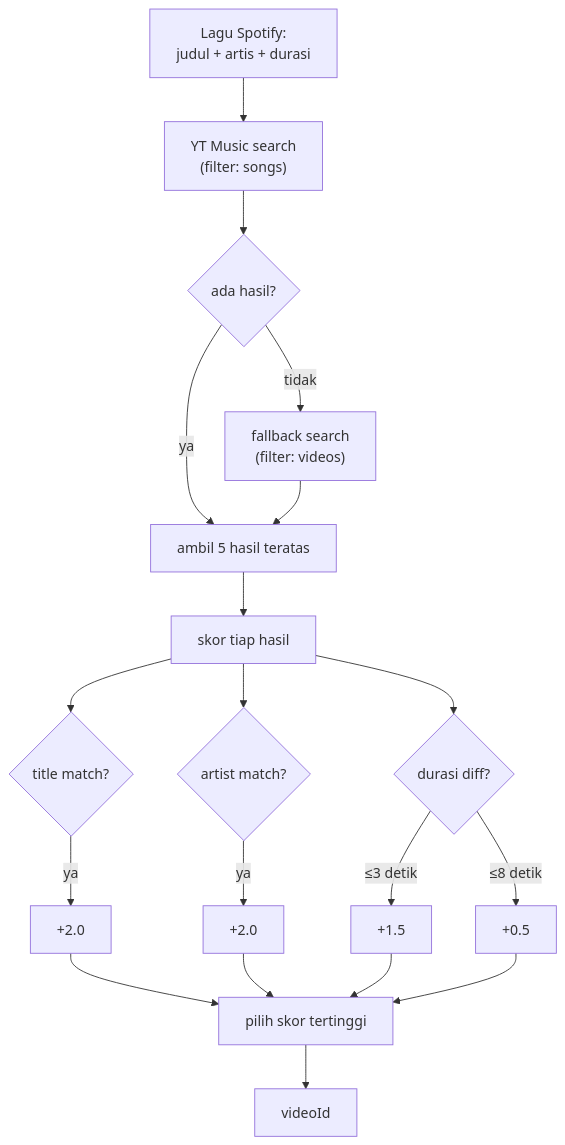
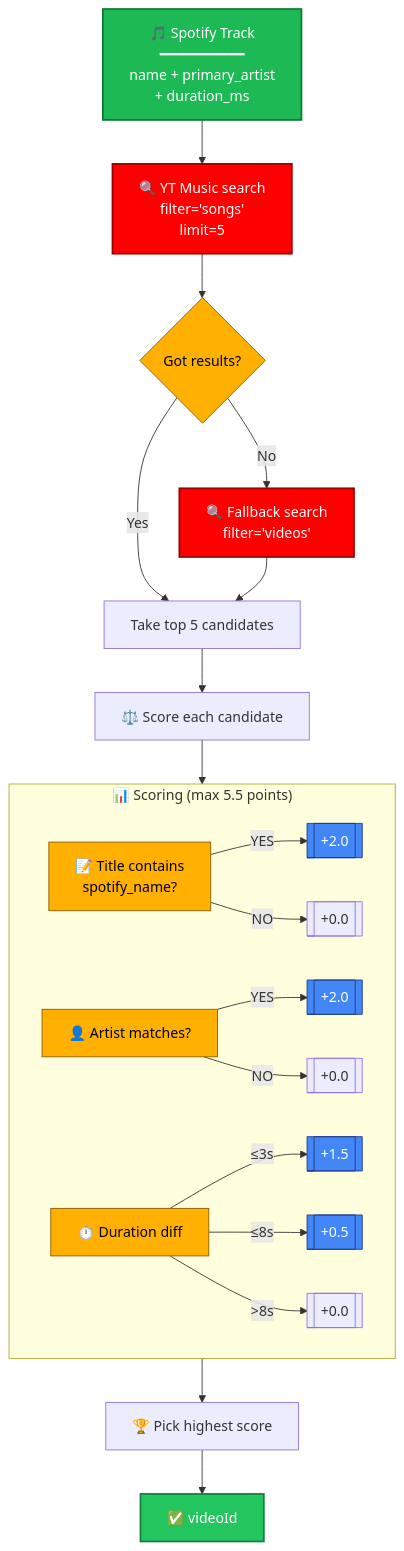
Before and after one commit to mohamadarvin25/spotify-to-ytmusic: the third of 6 diagrams in HOW_IT_WORKS.md, drawn with Mermaid. The commit also changed other lines of this file, not shown here.

First line of the commit message:
Upgrade diagrams in HOW_IT_WORKS.md

````diff
--- a/HOW_IT_WORKS.md
+++ b/HOW_IT_WORKS.md
@@ -151,21 +187,37 @@
 ```mermaid
-flowchart TD
-    A[Lagu Spotify:<br/>judul + artis + durasi] --> B["YT Music search<br/>(filter: songs)"]
-    B --> C{ada hasil?}
-    C -->|tidak| D["fallback search<br/>(filter: videos)"]
-    C -->|ya| E[ambil 5 hasil teratas]
+flowchart TB
+    classDef input fill:#1DB954,stroke:#0d7a36,color:#fff,stroke-width:2px
+    classDef search fill:#FF0000,stroke:#990000,color:#fff,stroke-width:2px
+    classDef decision fill:#FFB000,stroke:#8B5A00,color:#000
+    classDef score fill:#4287f5,color:#fff,stroke:#1e3a8a
+    classDef output fill:#22c55e,stroke:#15803d,color:#fff,stroke-width:2px
+
+    A["🎵 Spotify Track<br/>━━━━━━━━━━<br/>name + primary_artist<br/>+ duration_ms"]:::input
+    A --> B["🔍 YT Music search<br/>filter='songs'<br/>limit=5"]:::search
+    B --> C{Got results?}:::decision
+    C -->|No| D["🔍 Fallback search<br/>filter='videos'"]:::search
+    C -->|Yes| E[Take top 5 candidates]
     D --> E
-    E --> F[skor tiap hasil]
-    F --> G{title match?}
-    G -->|ya| H[+2.0]
-    F --> I{artist match?}
-    I -->|ya| J[+2.0]
-    F --> K{durasi diff?}
-    K -->|≤3 detik| L[+1.5]
-    K -->|≤8 detik| M[+0.5]
-    H --> N[pilih skor tertinggi]
-    J --> N
-    L --> N
-    M --> N
-    N --> O[videoId]
+
+    E --> SCORE["⚖️ Score each candidate"]
+
+    subgraph SCORING ["📊 Scoring (max 5.5 points)"]
+        direction LR
+        S1["📝 Title contains<br/>spotify_name?"]:::decision
+        S1 -->|YES| S1Y[["+2.0"]]:::score
+        S1 -->|NO| S1N[["+0.0"]]
+
+        S2["👤 Artist matches?"]:::decision
+        S2 -->|YES| S2Y[["+2.0"]]:::score
+        S2 -->|NO| S2N[["+0.0"]]
+
+        S3["⏱️ Duration diff"]:::decision
+        S3 -->|"≤3s"| S3A[["+1.5"]]:::score
+        S3 -->|"≤8s"| S3B[["+0.5"]]:::score
+        S3 -->|">8s"| S3C[["+0.0"]]
+    end
+
+    SCORE --> SCORING
+    SCORING --> N["🏆 Pick highest score"]
+    N --> O["✅ videoId"]:::output
 ```
````
